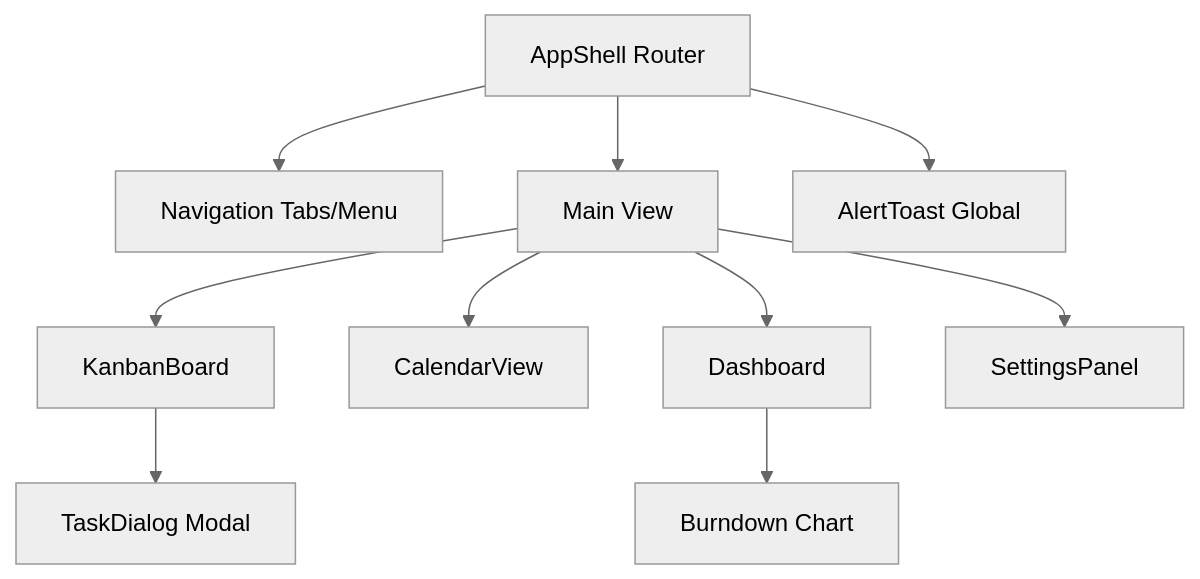
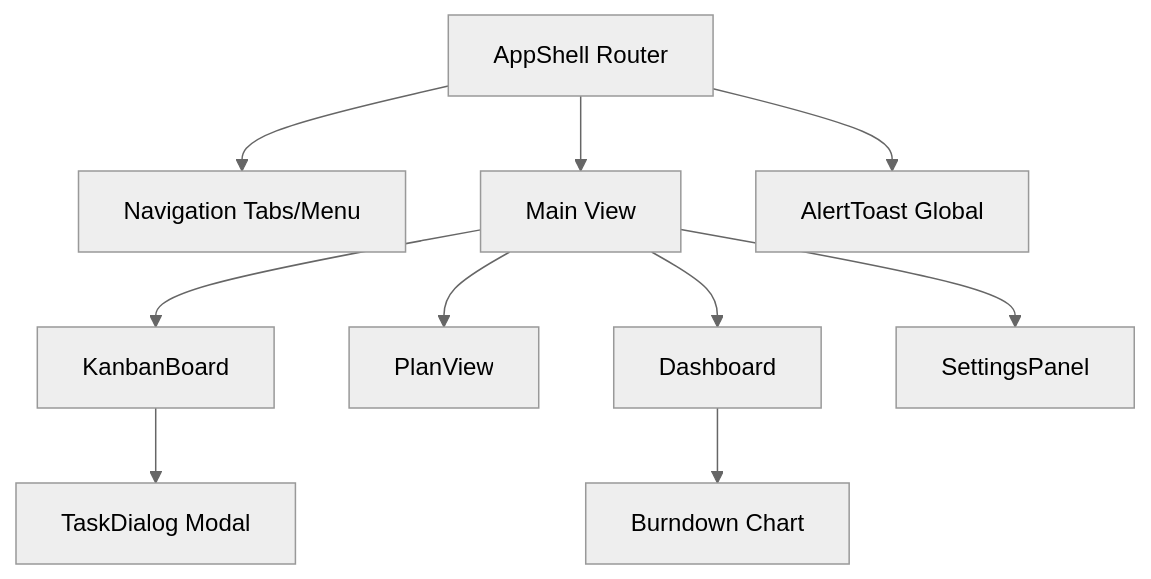
One commit to taturou/study_kanban changed the fourth of 4 diagrams in .kiro/specs/learning-plan-kanban/design.md. Above: the diagram before and after it, drawn with Mermaid (neutral theme). The commit also changed other lines of this file and 2 other files, not shown here.

First line of the commit message:
docs(specs): PlanView とスプリント選択の仕様反映

````diff
--- a/.kiro/specs/learning-plan-kanban/design.md
+++ b/.kiro/specs/learning-plan-kanban/design.md
@@ -156,23 +156,23 @@
 ```mermaid
 flowchart TD
   AppShell[AppShell Router]
   Nav[Navigation Tabs/Menu]
   Main[Main View]
   Kanban[KanbanBoard]
   TaskDialog[TaskDialog Modal]
-  Calendar[CalendarView]
+  Plan[PlanView]
   Dashboard[Dashboard]
   Burndown[Burndown Chart]
   Settings[SettingsPanel]
   AlertToast[AlertToast Global]
 
   AppShell --> Nav
   AppShell --> Main
   AppShell --> AlertToast
   Main --> Kanban
-  Main --> Calendar
+  Main --> Plan
   Main --> Dashboard
   Main --> Settings
   Kanban --> TaskDialog
   Dashboard --> Burndown
 ```
````
